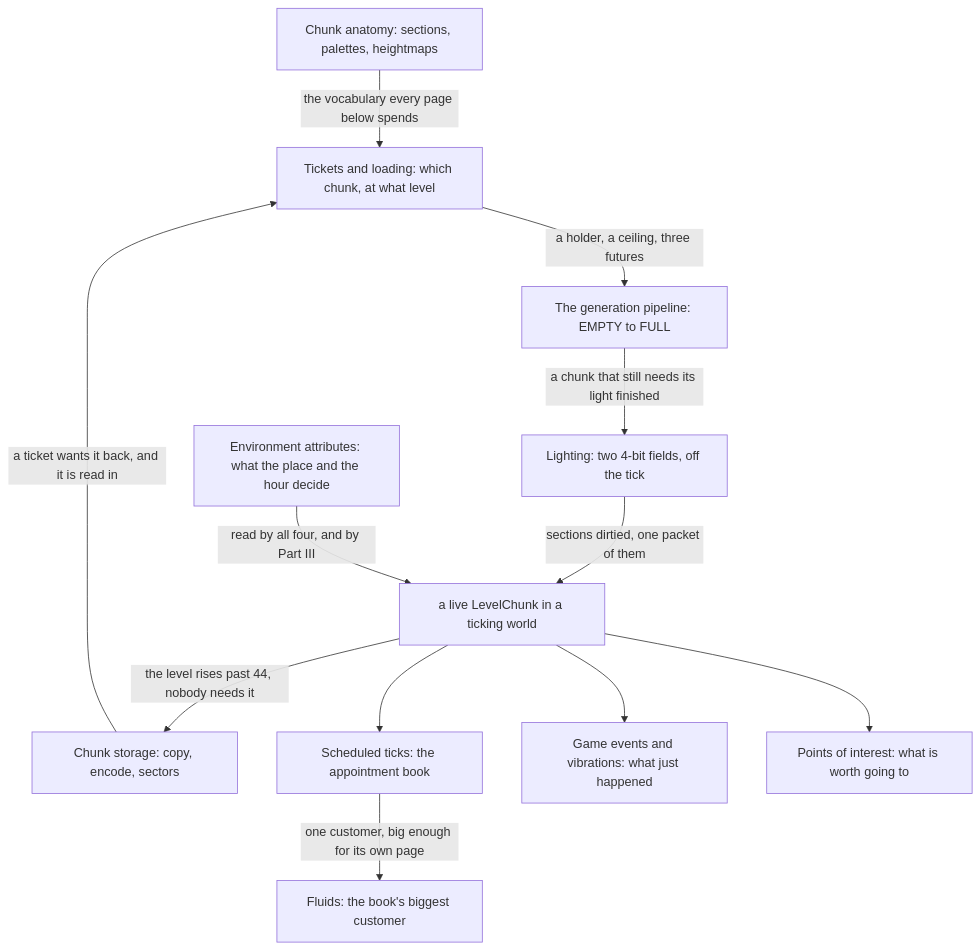
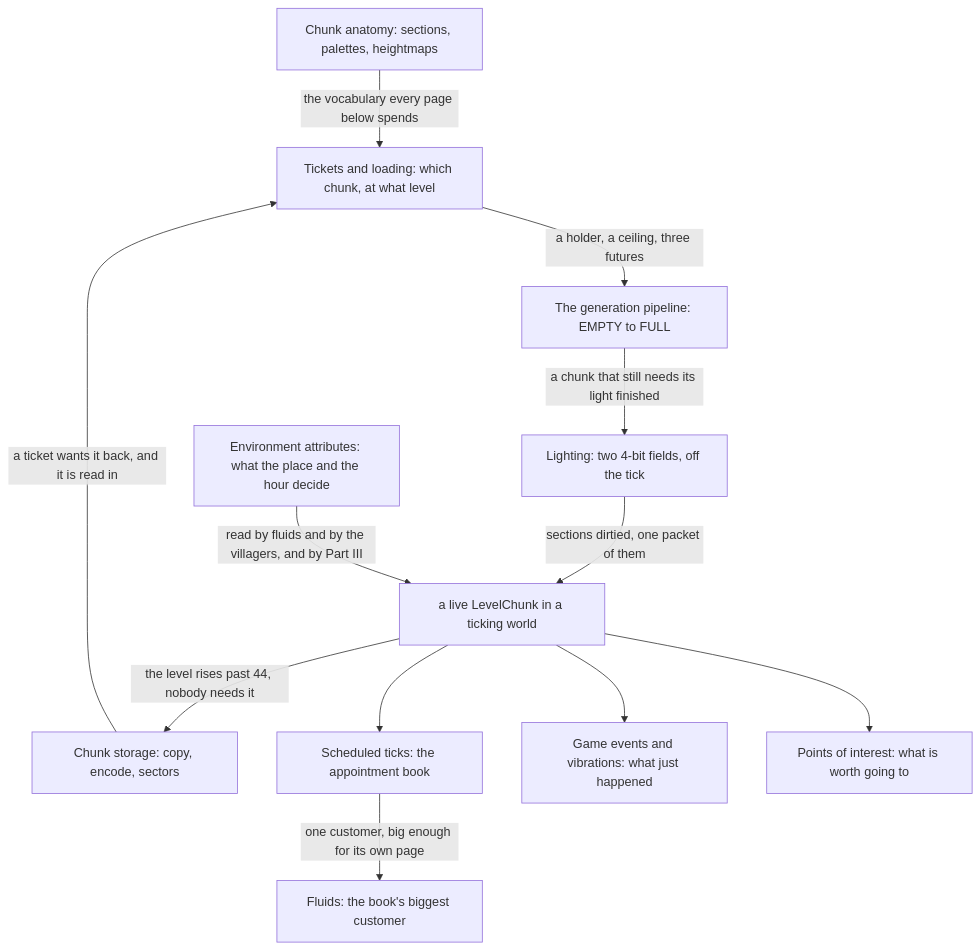
One commit to AlexanderjFraser/MinecraftDocs changed the diagram in src/systems/world/README.md. Above: the diagram before and after it, drawn with Mermaid. The commit also changed other lines of this file and 13 other files, not shown here.

````diff
--- a/src/systems/world/README.md
+++ b/src/systems/world/README.md
@@ -24,25 +25,25 @@
 ```mermaid
 flowchart TD
     CA["Chunk anatomy: sections, palettes, heightmaps"]
     TL["Tickets and loading: which chunk, at what level"]
     GP["The generation pipeline: EMPTY to FULL"]
     LI["Lighting: two 4-bit fields, off the tick"]
     CS["Chunk storage: copy, encode, sectors"]
     LC["a live LevelChunk in a ticking world"]
     EA["Environment attributes: what the place and the hour decide"]
     ST["Scheduled ticks: the appointment book"]
     FL["Fluids: the book's biggest customer"]
     GV["Game events and vibrations: what just happened"]
     PI["Points of interest: what is worth going to"]
     CA -- "the vocabulary every page below spends" --> TL
     TL -- "a holder, a ceiling, three futures" --> GP
     GP -- "a chunk that still needs its light finished" --> LI
     LI -- "sections dirtied, one packet of them" --> LC
     LC -- "the level rises past 44, nobody needs it" --> CS
     CS -- "a ticket wants it back, and it is read in" --> TL
     LC --> ST
     ST -- "one customer, big enough for its own page" --> FL
     LC --> GV
     LC --> PI
-    EA -- "read by all four, and by Part III" --> LC
+    EA -- "read by fluids and by the villagers, and by Part III" --> LC
 ```
````
